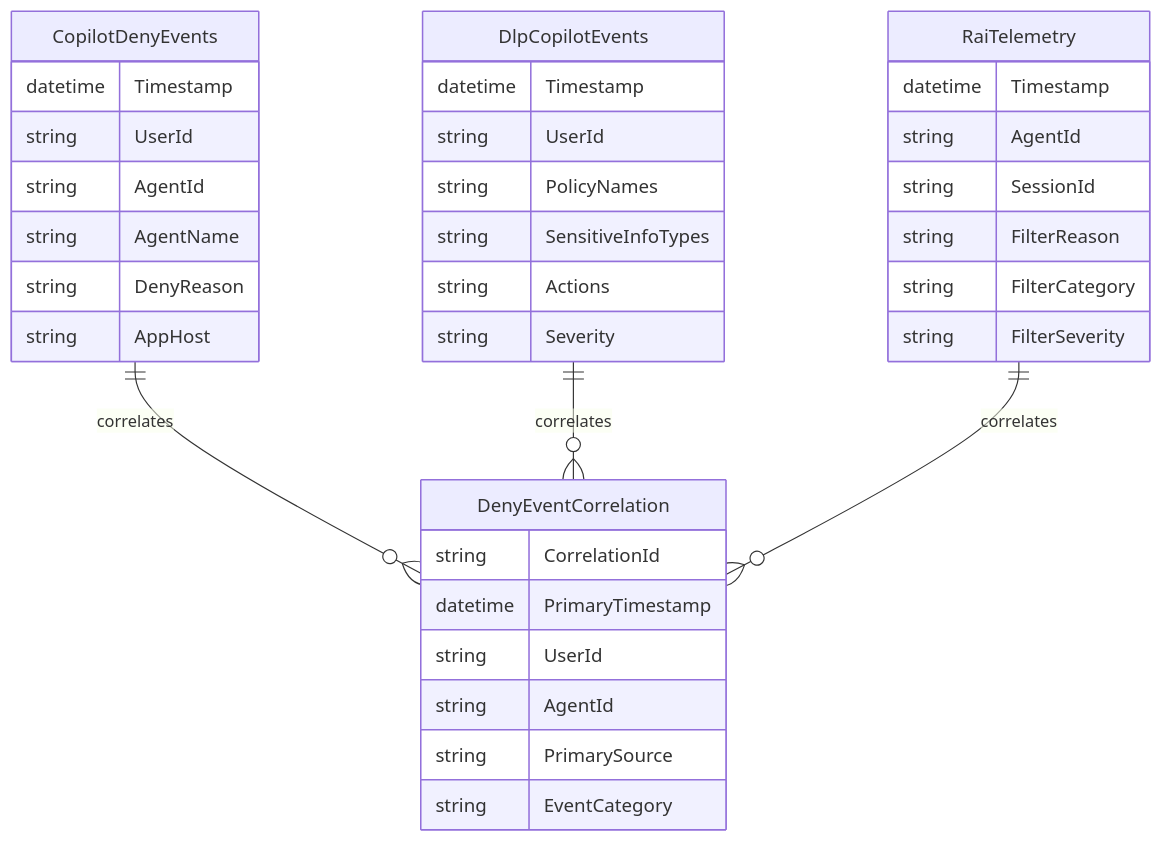
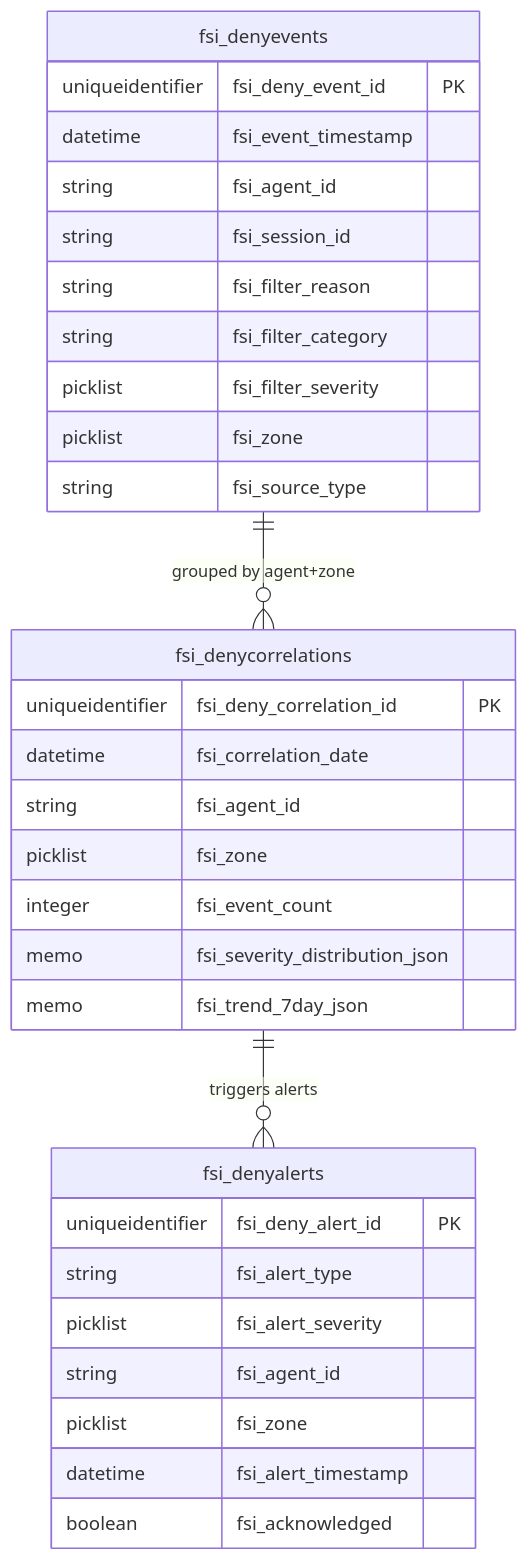
One commit to judeper/FSI-AgentGov changed the diagram in docs/playbooks/advanced-implementations/deny-event-correlation-report/power-bi-correlation.md. Above: the diagram before and after it, drawn with Mermaid. The commit also changed other lines of this file and 1 other file, not shown here.

Commit message:
docs(dec): rewrite deployment guide for v2.0 4-phase architecture and update Power BI playbook to Dataverse (RTF-08, RTF-09)

````diff
--- a/docs/playbooks/advanced-implementations/deny-event-correlation-report/power-bi-correlation.md
+++ b/docs/playbooks/advanced-implementations/deny-event-correlation-report/power-bi-correlation.md
@@ -17,42 +17,37 @@
 ```mermaid
 erDiagram
-    CopilotDenyEvents {
-        datetime Timestamp
-        string UserId
-        string AgentId
-        string AgentName
-        string DenyReason
-        string AppHost
+    fsi_denyevents {
+        uniqueidentifier fsi_deny_event_id PK
+        datetime fsi_event_timestamp
+        string fsi_agent_id
+        string fsi_session_id
+        string fsi_filter_reason
+        string fsi_filter_category
+        picklist fsi_filter_severity
+        picklist fsi_zone
+        string fsi_source_type
     }
 
-    DlpCopilotEvents {
-        datetime Timestamp
-        string UserId
-        string PolicyNames
-        string SensitiveInfoTypes
-        string Actions
-        string Severity
+    fsi_denycorrelations {
+        uniqueidentifier fsi_deny_correlation_id PK
+        datetime fsi_correlation_date
+        string fsi_agent_id
+        picklist fsi_zone
+        integer fsi_event_count
+        memo fsi_severity_distribution_json
+        memo fsi_trend_7day_json
     }
 
-    RaiTelemetry {
-        datetime Timestamp
-        string AgentId
-        string SessionId
-        string FilterReason
-        string FilterCategory
-        string FilterSeverity
+    fsi_denyalerts {
+        uniqueidentifier fsi_deny_alert_id PK
+        string fsi_alert_type
+        picklist fsi_alert_severity
+        string fsi_agent_id
+        picklist fsi_zone
+        datetime fsi_alert_timestamp
+        boolean fsi_acknowledged
     }
 
-    DenyEventCorrelation {
-        string CorrelationId
-        datetime PrimaryTimestamp
-        string UserId
-        string AgentId
-        string PrimarySource
-        string EventCategory
-    }
-
-    CopilotDenyEvents ||--o{ DenyEventCorrelation : correlates
-    DlpCopilotEvents ||--o{ DenyEventCorrelation : correlates
-    RaiTelemetry ||--o{ DenyEventCorrelation : correlates
+    fsi_denyevents ||--o{ fsi_denycorrelations : "grouped by agent+zone"
+    fsi_denycorrelations ||--o{ fsi_denyalerts : "triggers alerts"
 ```
````
